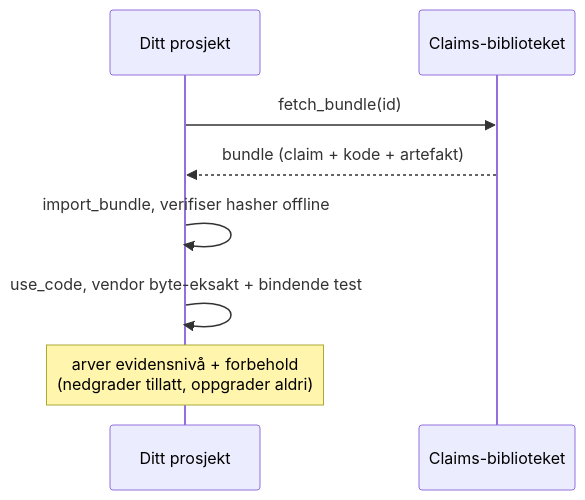
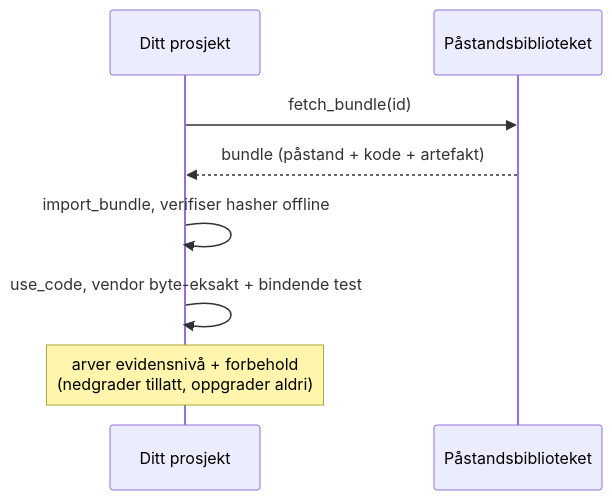
Before and after one commit to darklordVirtual/vericlaim: diagram 14 of 20 in docs/governance/frontier-ai-governance-master_NO_nb.md, drawn with Mermaid. The commit also changed other lines of this file and 14 other files, not shown here.

````diff
--- a/docs/governance/frontier-ai-governance-master_NO_nb.md
+++ b/docs/governance/frontier-ai-governance-master_NO_nb.md
@@ -918,10 +918,10 @@
 ```mermaid
 sequenceDiagram
     participant P as Ditt prosjekt
-    participant L as Claims-biblioteket
+    participant L as Påstandsbiblioteket
     P->>L: fetch_bundle(id)
-    L-->>P: bundle (claim + kode + artefakt)
+    L-->>P: bundle (påstand + kode + artefakt)
     P->>P: import_bundle, verifiser hasher offline
     P->>P: use_code, vendor byte-eksakt + bindende test
     Note over P: arver evidensnivå + forbehold<br/>(nedgrader tillatt, oppgrader aldri)
 ```
````
